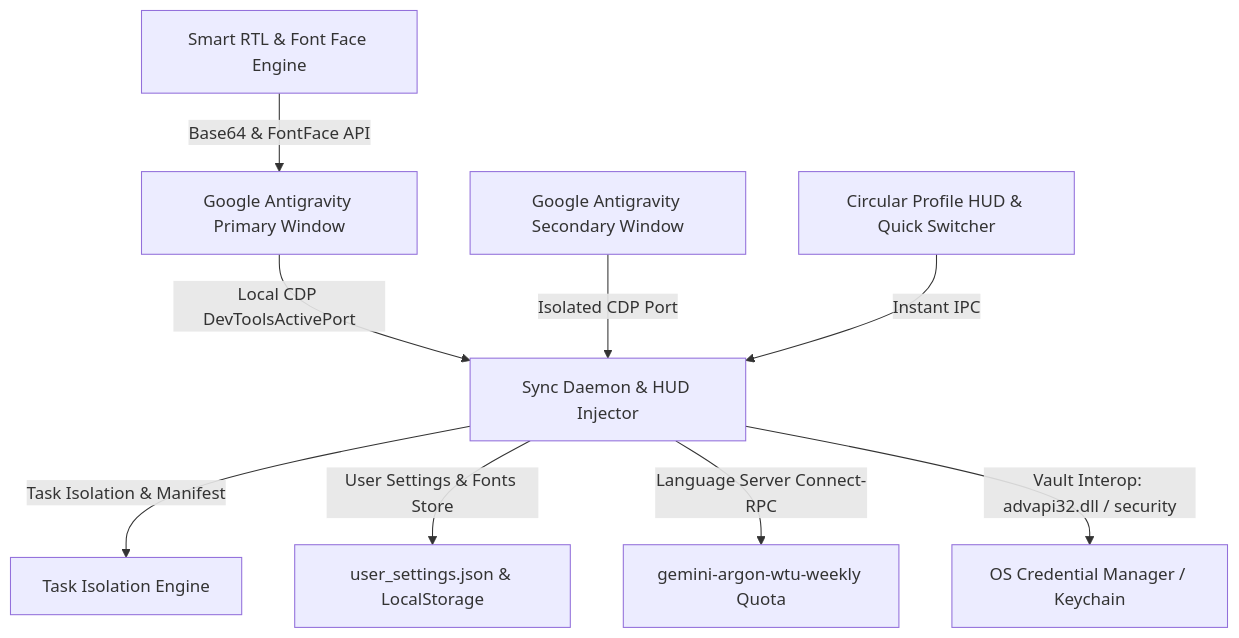
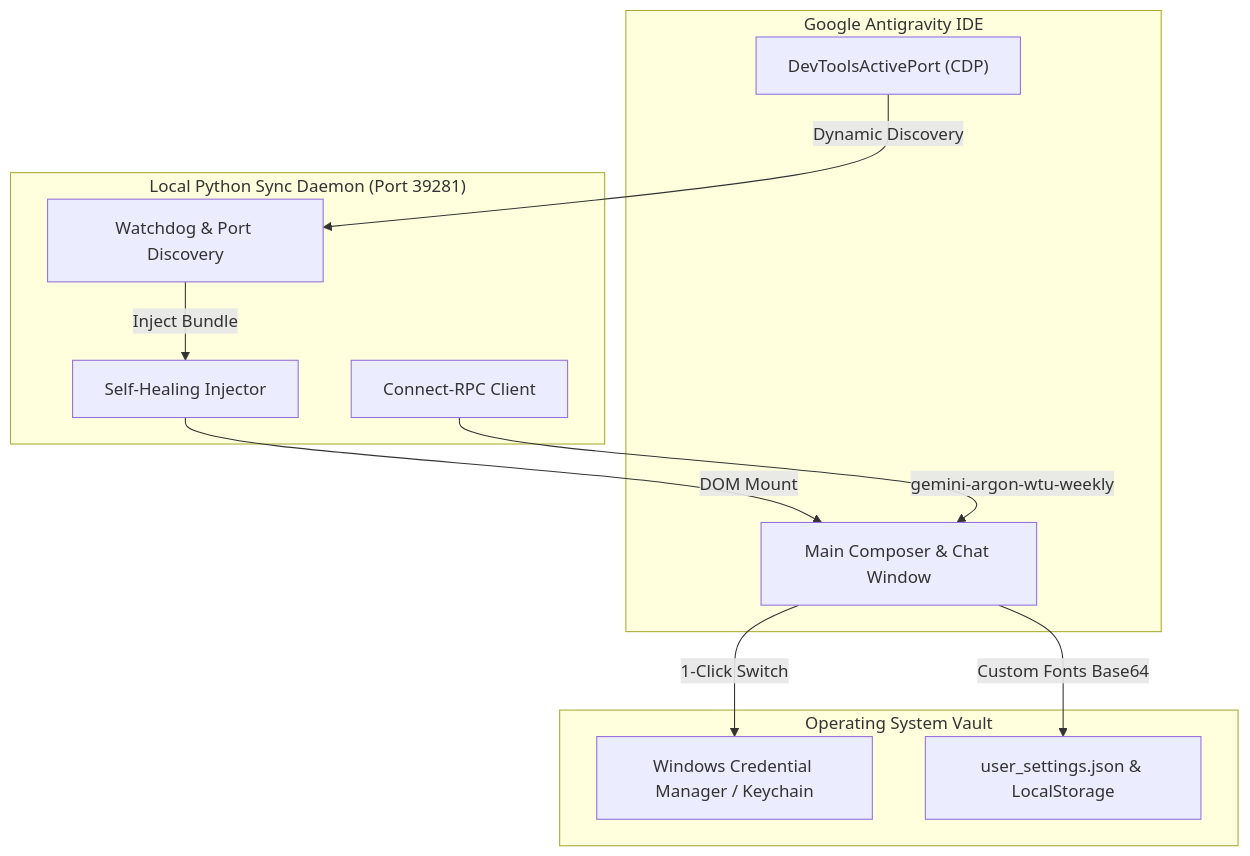
Before and after one commit to mad-helpers/antigravity-account-switcher: the diagram in README.md, drawn with Mermaid. The commit also changed other lines of this file and 9 other files, not shown here.

````diff
--- a/README.md
+++ b/README.md
@@ -160,14 +214,25 @@
 ```mermaid
-graph TD
-    A[Google Antigravity Primary Window] -->|Local CDP DevToolsActivePort| B[Sync Daemon & HUD Injector]
-    C[Google Antigravity Secondary Window] -->|Isolated CDP Port| B
-    
-    B -->|Task Isolation & Manifest| D[Task Isolation Engine]
-    B -->|User Settings & Fonts Store| E[user_settings.json & LocalStorage]
-    
-    B -->|Language Server Connect-RPC| F[gemini-argon-wtu-weekly Quota]
-    B -->|Vault Interop: advapi32.dll / security| G[OS Credential Manager / Keychain]
-    
-    H[Circular Profile HUD & Quick Switcher] -->|Instant IPC| B
-    I[Smart RTL & Font Face Engine] -->|Base64 & FontFace API| A
+flowchart TD
+    subgraph Antigravity ["Google Antigravity IDE"]
+        IDE["Main Composer & Chat Window"]
+        Port["DevToolsActivePort (CDP)"]
+    end
+
+    subgraph Daemon ["Local Python Sync Daemon (Port 39281)"]
+        Watchdog["Watchdog & Port Discovery"]
+        Injector["Self-Healing Injector"]
+        RPC["Connect-RPC Client"]
+    end
+
+    subgraph OS ["Operating System Vault"]
+        Vault["Windows Credential Manager / Keychain"]
+        Settings["user_settings.json & LocalStorage"]
+    end
+
+    Port -->|Dynamic Discovery| Watchdog
+    Watchdog -->|Inject Bundle| Injector
+    Injector -->|DOM Mount| IDE
+    RPC -->|gemini-argon-wtu-weekly| IDE
+    IDE -->|1-Click Switch| Vault
+    IDE -->|Custom Fonts Base64| Settings
 ```
````
